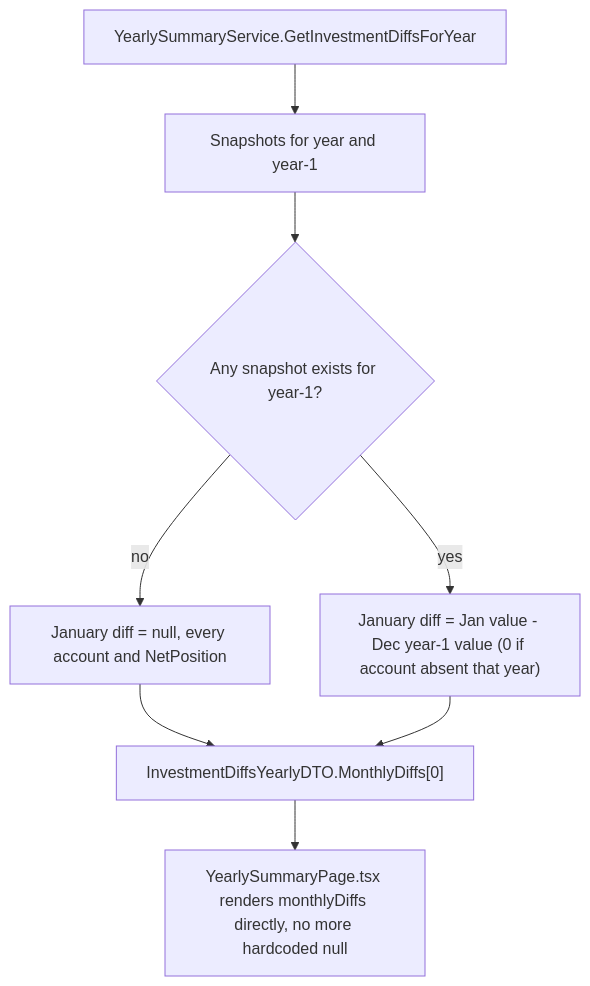
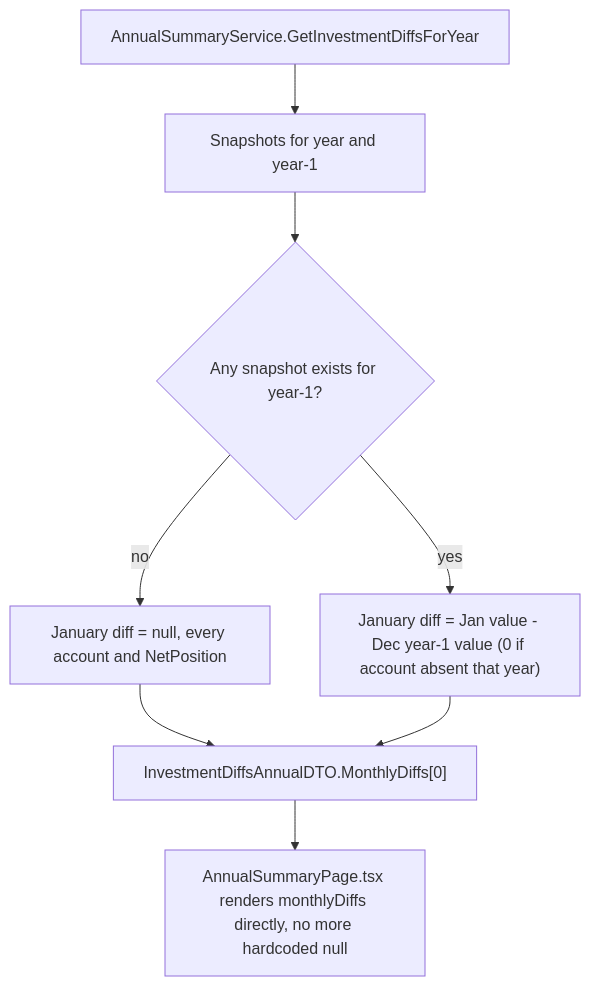
The diagram in docs/P18-F05-prior-year-december-carryover/spec.md (ggibellato/Financial), drawn with Mermaid before and after one commit. The commit also changed other lines of this file and 67 other files, not shown here.

First line of the commit message:
refactor(cashflow): rename Yearly to Annual across code and docs (#270)

````diff
--- a/docs/P18-F05-prior-year-december-carryover/spec.md
+++ b/docs/P18-F05-prior-year-december-carryover/spec.md
@@ -20,10 +20,10 @@
 ```mermaid
 graph TD
-    A["YearlySummaryService.GetInvestmentDiffsForYear"] --> B["Snapshots for year and year-1"]
+    A["AnnualSummaryService.GetInvestmentDiffsForYear"] --> B["Snapshots for year and year-1"]
     B --> C{"Any snapshot exists for year-1?"}
     C -->|no| D["January diff = null, every account and NetPosition"]
     C -->|yes| E["January diff = Jan value - Dec year-1 value (0 if account absent that year)"]
-    D --> F["InvestmentDiffsYearlyDTO.MonthlyDiffs[0]"]
+    D --> F["InvestmentDiffsAnnualDTO.MonthlyDiffs[0]"]
     E --> F
-    F --> G["YearlySummaryPage.tsx renders monthlyDiffs directly, no more hardcoded null"]
+    F --> G["AnnualSummaryPage.tsx renders monthlyDiffs directly, no more hardcoded null"]
 ```
````
